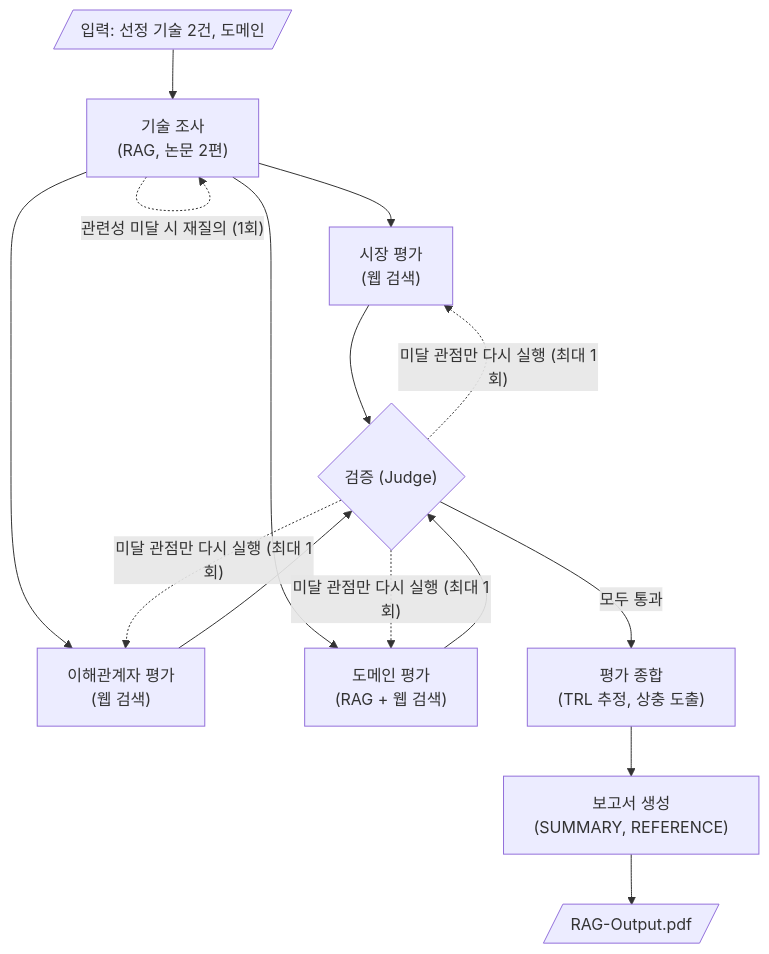
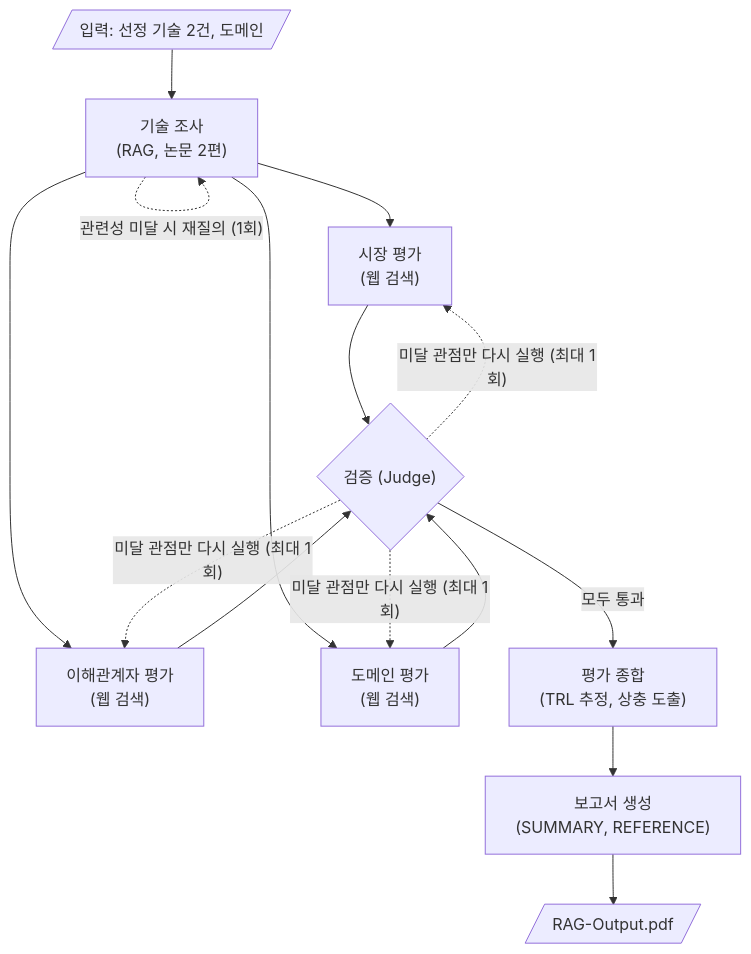
The diagram in README.md (yurad12/skala-kv-prism), drawn with Mermaid before and after one commit. The commit also changed other lines of this file, not shown here.

````diff
--- a/README.md
+++ b/README.md
@@ -114,25 +79,25 @@
 ```mermaid
 flowchart TD
     IN[/입력: 선정 기술 2건, 도메인/]
     TR["기술 조사<br>(RAG, 논문 2편)"]
     MK["시장 평가<br>(웹 검색)"]
     ST["이해관계자 평가<br>(웹 검색)"]
-    DM["도메인 평가<br>(RAG + 웹 검색)"]
+    DM["도메인 평가<br>(웹 검색)"]
     JG{"검증 (Judge)"}
     SY["평가 종합<br>(TRL 추정, 상충 도출)"]
     RP["보고서 생성<br>(SUMMARY, REFERENCE)"]
     OUT[/RAG-Output.pdf/]
 
     IN --> TR
     TR --> MK
     TR --> ST
     TR --> DM
     MK --> JG
     ST --> JG
     DM --> JG
     JG -- "모두 통과" --> SY
     JG -. "미달 관점만 다시 실행 (최대 1회)" .-> MK & ST & DM
     TR -. "관련성 미달 시 재질의 (1회)" .-> TR
     SY --> RP
     RP --> OUT
 ```
````
